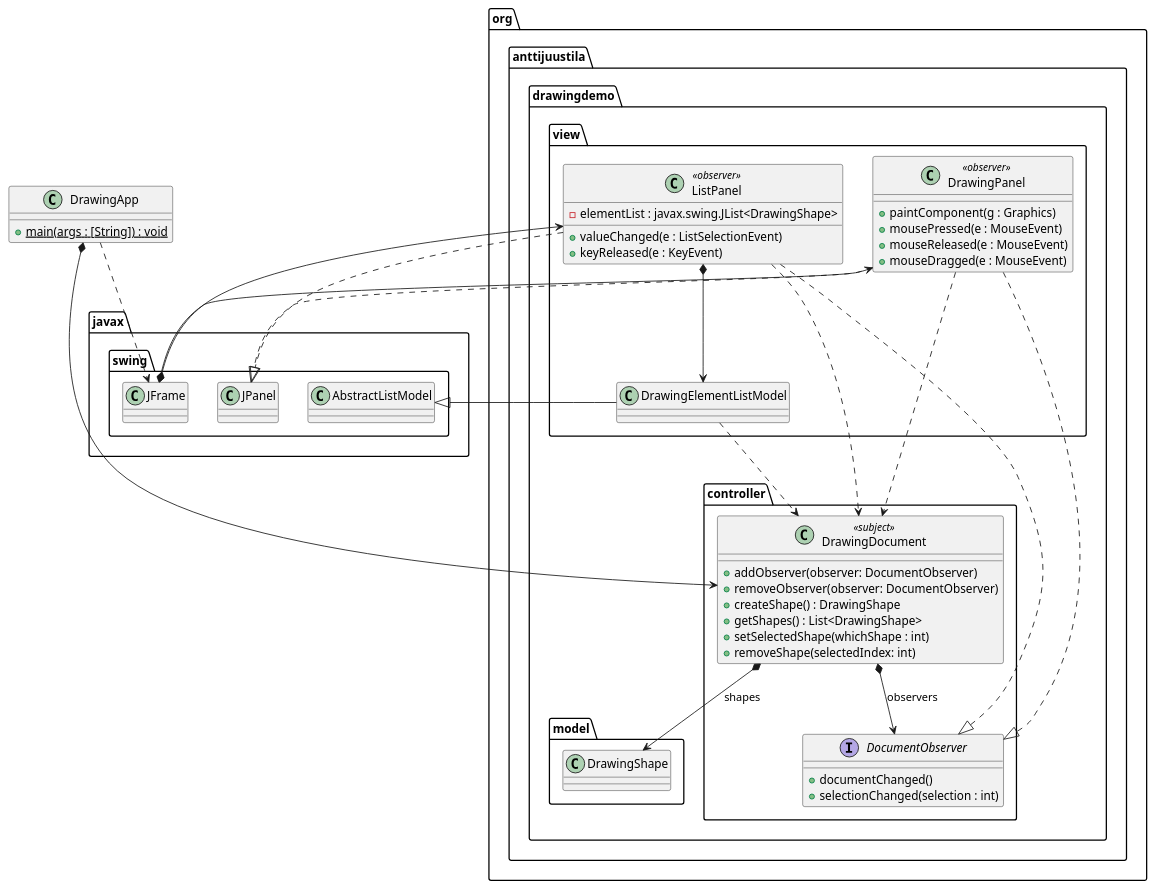
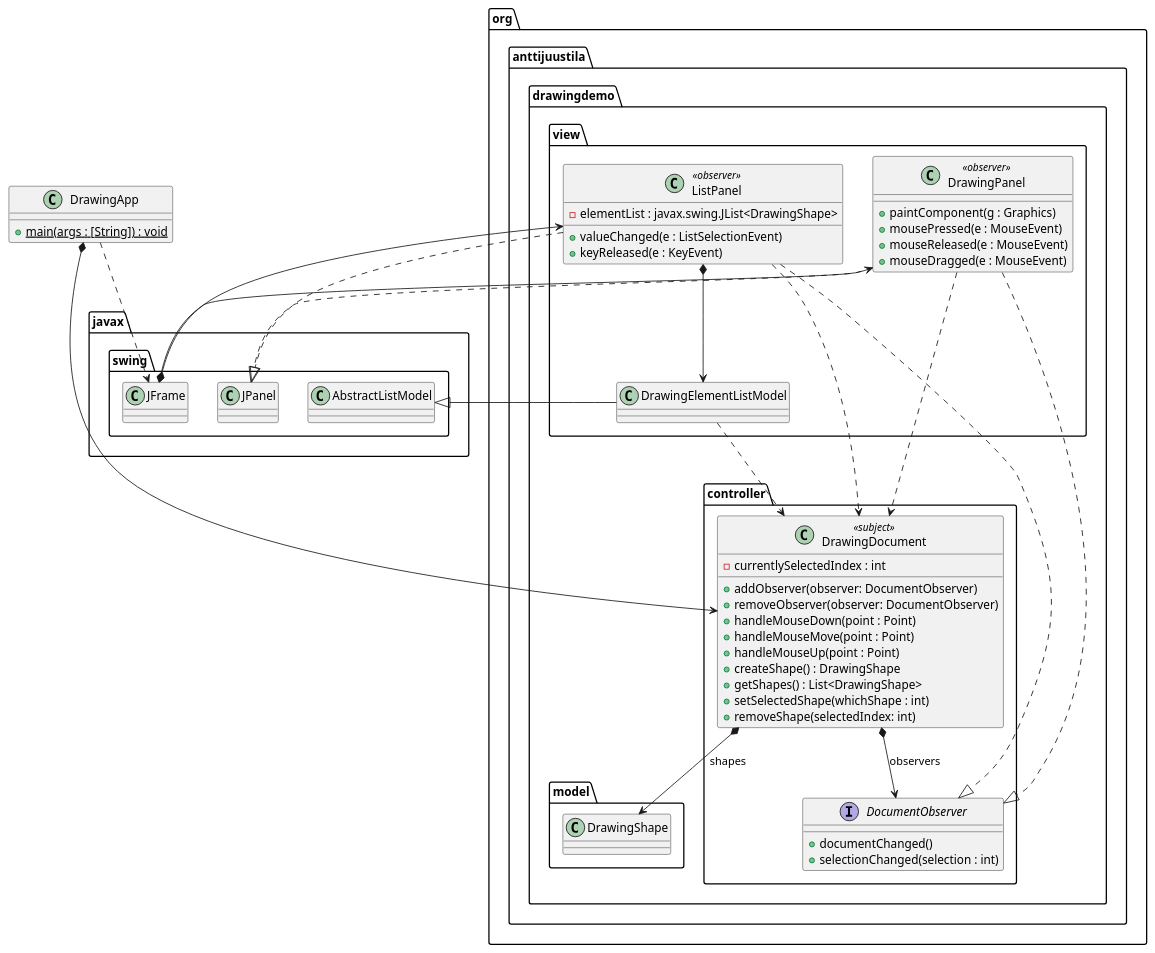
One commit to anttijuu/drawingdemo changed the diagram in classes.puml. Above: the diagram before and after it, drawn with PlantUML. The commit also changed 1 other file, not shown here.

Commit message:
Added some things to class diagram

```diff
--- a/classes.puml
+++ b/classes.puml
@@ -1,62 +1,66 @@
 @startuml
 skinparam groupInheritance 2
 top to bottom direction
 
 class DrawingApp {
 	+ {static} main(args : [String]) : void
 }
 
 DrawingApp *--> org.anttijuustila.drawingdemo.controller.DrawingDocument
 DrawingApp ..> javax.swing.JFrame
 javax.swing.JFrame *--> org.anttijuustila.drawingdemo.view.DrawingPanel
 javax.swing.JFrame *--> org.anttijuustila.drawingdemo.view.ListPanel
 
 package org.anttijuustila.drawingdemo {
 
 	package controller {
 		class DrawingDocument <<subject>>  {
+			- currentlySelectedIndex : int 
 			+ addObserver(observer: DocumentObserver)
 			+ removeObserver(observer: DocumentObserver)
+			+ handleMouseDown(point : Point)
+			+ handleMouseMove(point : Point) 
+			+ handleMouseUp(point : Point)
 			+ createShape() : DrawingShape
 			+ getShapes() : List<DrawingShape>
 			+ setSelectedShape(whichShape : int)
 			+ removeShape(selectedIndex: int)
 		}
 		interface DocumentObserver {
 			+ documentChanged()
 			+ selectionChanged(selection : int)
 		}
 		DrawingDocument *--> DocumentObserver : observers
 		DrawingDocument *--> org.anttijuustila.drawingdemo.model.DrawingShape : shapes
 	}
 
 	package model {
 		class DrawingShape
 	}
 
 	package view {
 		class ListPanel <<observer>> {
 			- elementList : javax.swing.JList<DrawingShape>
 			+ valueChanged(e : ListSelectionEvent)
 			+ keyReleased(e : KeyEvent) 
 		}
 		ListPanel ..|> DocumentObserver
 		ListPanel ..> DrawingDocument
 		ListPanel ..|> javax.swing.JPanel
 		class DrawingPanel  <<observer>> {
 			+ paintComponent(g : Graphics)
 			+ mousePressed(e : MouseEvent)
 			+ mouseReleased(e : MouseEvent)
 			+ mouseDragged(e : MouseEvent)
 		}
 		DrawingPanel ..|> DocumentObserver
 		DrawingPanel ..|> javax.swing.JPanel
 		DrawingPanel ..> DrawingDocument
 		class DrawingElementListModel
 		ListPanel *--> DrawingElementListModel
 		DrawingElementListModel ..> org.anttijuustila.drawingdemo.controller.DrawingDocument
 		DrawingElementListModel --|> javax.swing.AbstractListModel
 	}
 
 }
 @enduml
```
